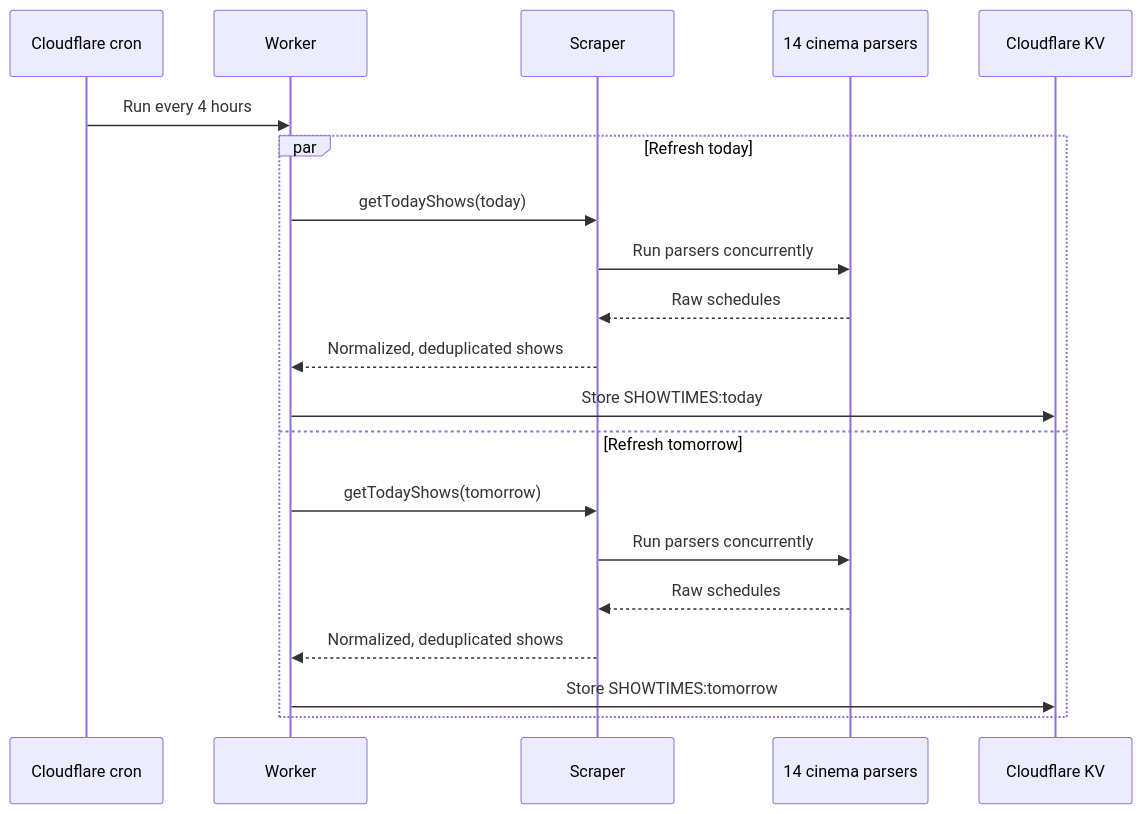
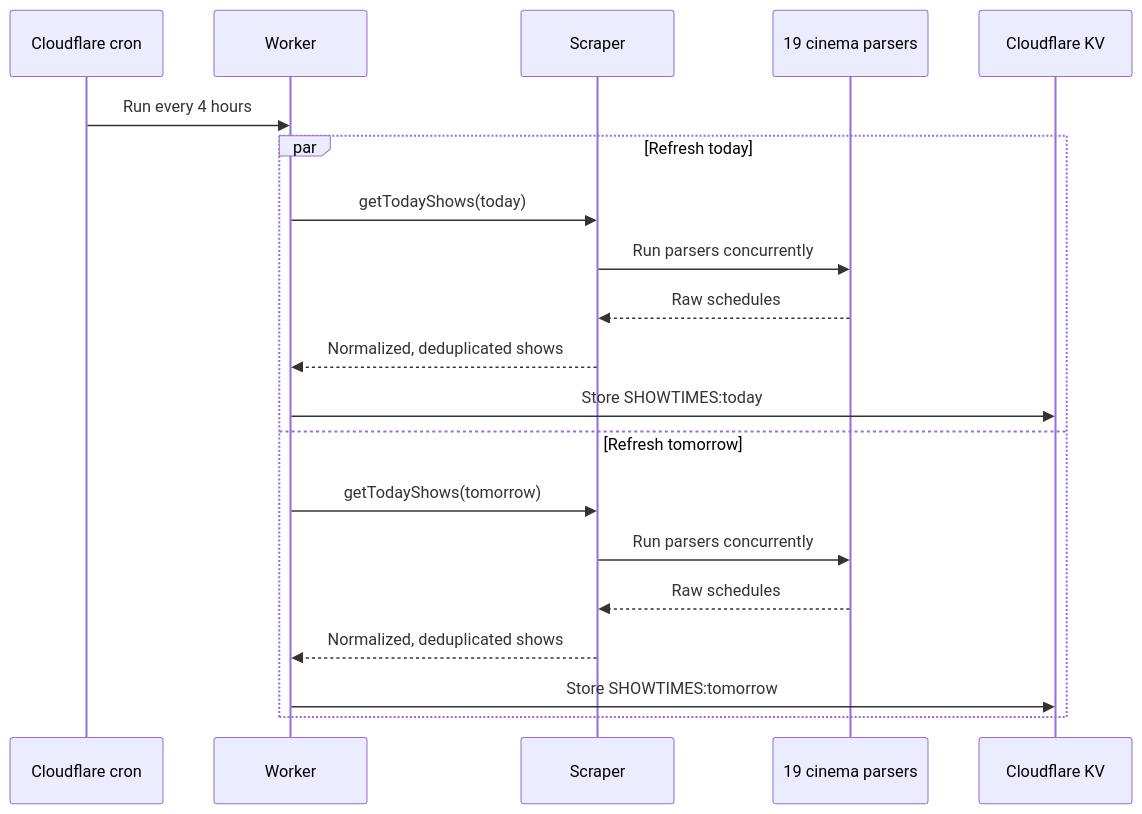
Before and after one commit to herol3oy/kinoradar: the second of 2 diagrams in README.md, drawn with Mermaid. The commit also changed other lines of this file and 12 other files, not shown here.

````diff
--- a/README.md
+++ b/README.md
@@ -51,23 +51,23 @@
 ```mermaid
 sequenceDiagram
     participant C as Cloudflare cron
     participant W as Worker
     participant S as Scraper
-    participant P as 14 cinema parsers
+    participant P as 19 cinema parsers
     participant K as Cloudflare KV
 
     C->>W: Run every 4 hours
     par Refresh today
         W->>S: getTodayShows(today)
         S->>P: Run parsers concurrently
         P-->>S: Raw schedules
         S-->>W: Normalized, deduplicated shows
         W->>K: Store SHOWTIMES:today
     and Refresh tomorrow
         W->>S: getTodayShows(tomorrow)
         S->>P: Run parsers concurrently
         P-->>S: Raw schedules
         S-->>W: Normalized, deduplicated shows
         W->>K: Store SHOWTIMES:tomorrow
     end
 ```
````
